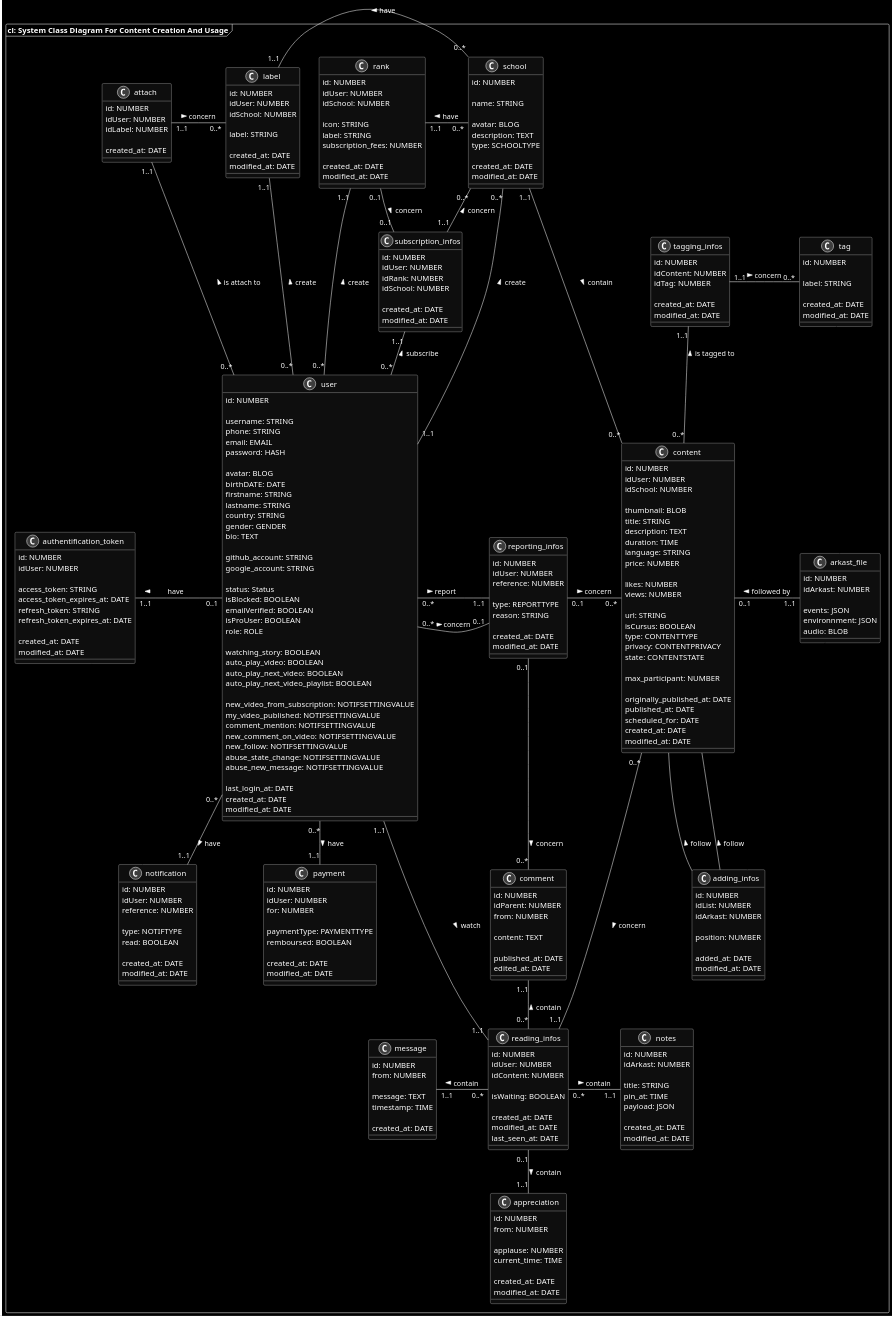
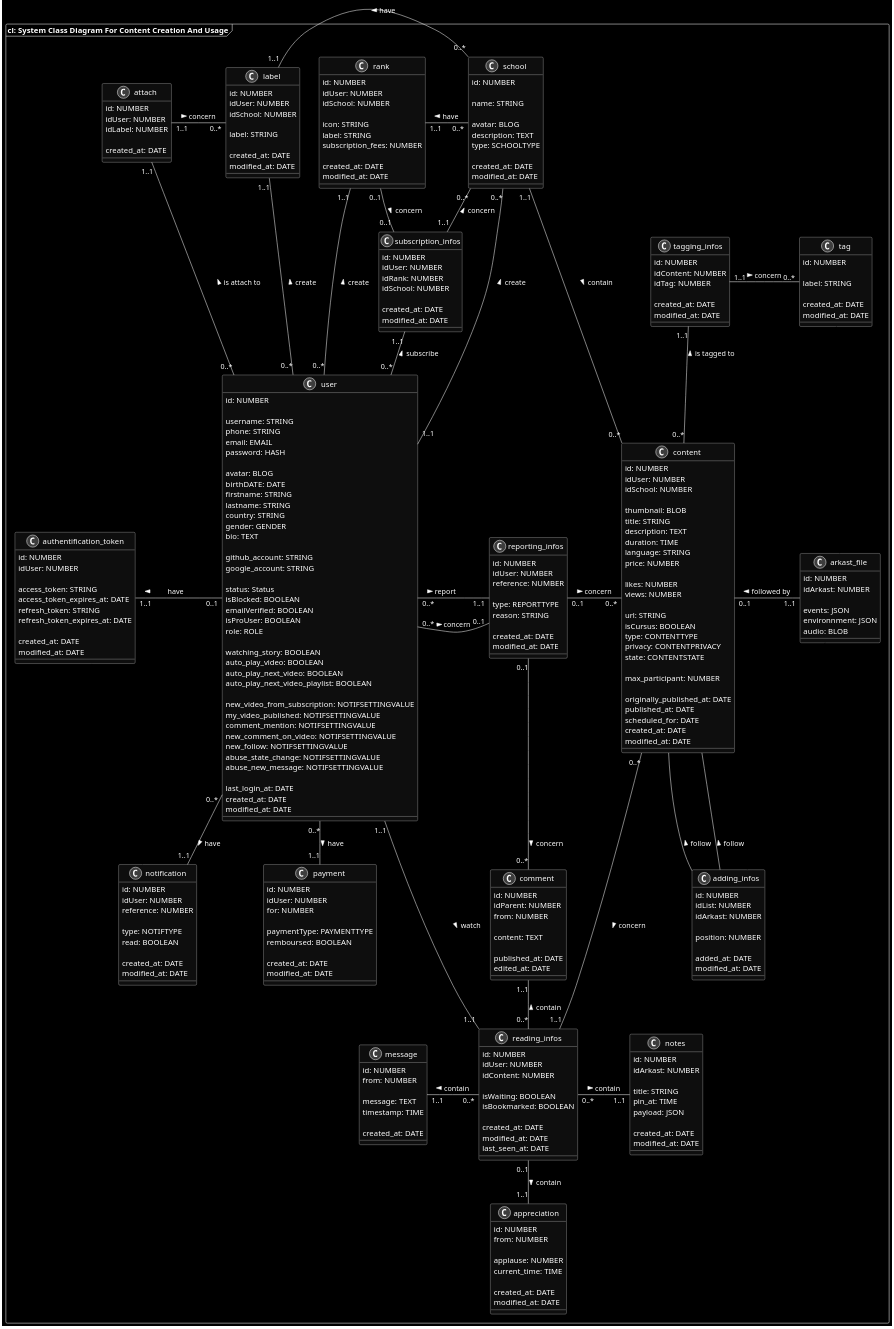
The diagram in models/5.class/1.creation.puml (SSMM0498/arkad-conception), drawn with PlantUML before and after one commit. The commit also changed 5 other files, not shown here.

```diff
--- a/models/5.class/1.creation.puml
+++ b/models/5.class/1.creation.puml
@@ -169,6 +169,7 @@
         idContent: NUMBER
 
         isWaiting: BOOLEAN
+        isBookmarked: BOOLEAN
 
         created_at: DATE
         modified_at: DATE
```
